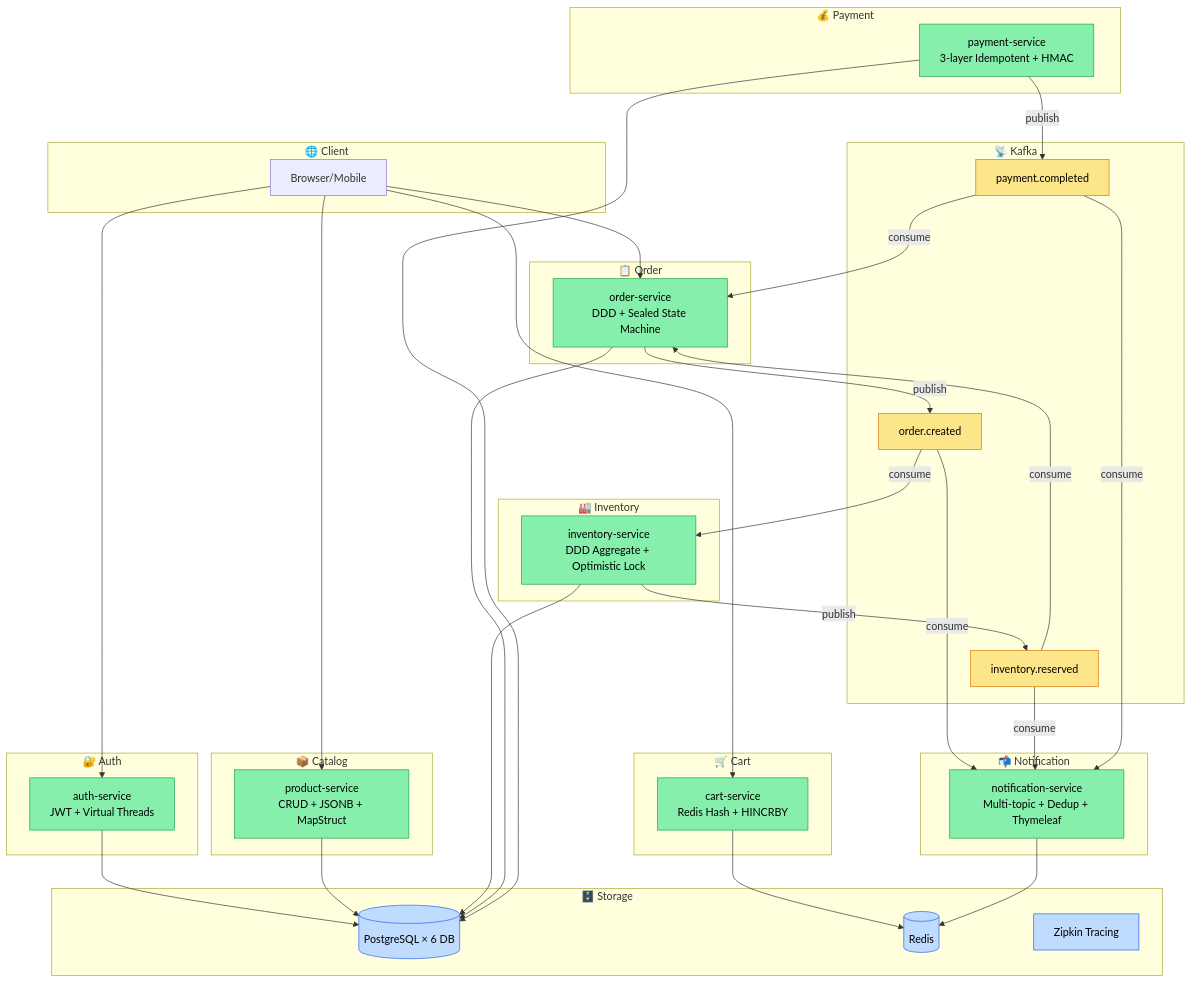
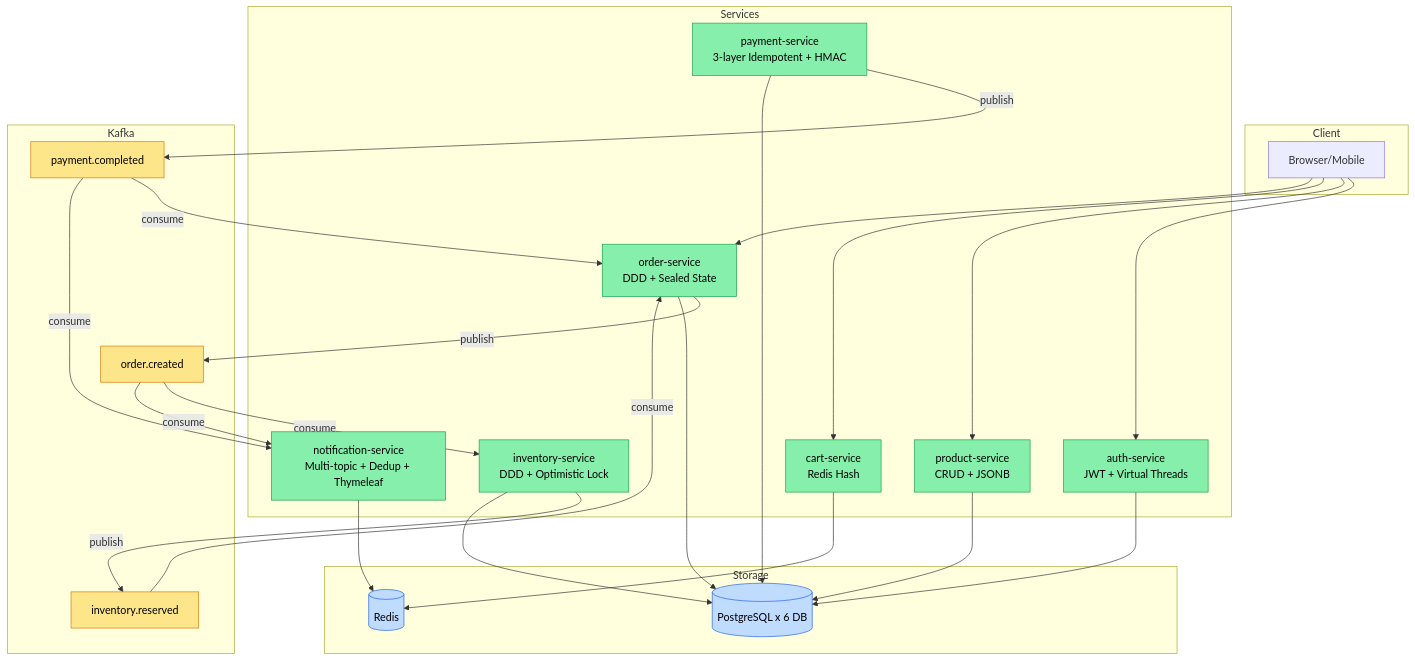
The diagram in docs/evolution/11-nguoi-dua-thu.md (codevuichamcom/ecommerce-platform), drawn with Mermaid before and after one commit. The commit also changed other lines of this file and 17 other files, not shown here.

````diff
--- a/docs/evolution/11-nguoi-dua-thu.md
+++ b/docs/evolution/11-nguoi-dua-thu.md
@@ -152,77 +309,53 @@
 ```mermaid
 graph TD
-    subgraph "🌐 Client"
+    subgraph Client
         Browser[Browser/Mobile]
     end
-
-    subgraph "🔐 Auth"
+    subgraph Services
         AuthSvc[auth-service<br/>JWT + Virtual Threads]
-    end
-
-    subgraph "📦 Catalog"
-        ProductSvc[product-service<br/>CRUD + JSONB + MapStruct]
-    end
-
-    subgraph "🏭 Inventory"
-        InvSvc[inventory-service<br/>DDD Aggregate + Optimistic Lock]
-    end
-
-    subgraph "🛒 Cart"
-        CartSvc[cart-service<br/>Redis Hash + HINCRBY]
-    end
-
-    subgraph "📋 Order"
-        OrderSvc[order-service<br/>DDD + Sealed State Machine]
-    end
-
-    subgraph "💰 Payment"
+        ProductSvc[product-service<br/>CRUD + JSONB]
+        InvSvc[inventory-service<br/>DDD + Optimistic Lock]
+        CartSvc[cart-service<br/>Redis Hash]
+        OrderSvc[order-service<br/>DDD + Sealed State]
         PaySvc[payment-service<br/>3-layer Idempotent + HMAC]
-    end
-
-    subgraph "📬 Notification"
         NotifSvc[notification-service<br/>Multi-topic + Dedup + Thymeleaf]
     end
-
-    subgraph "📡 Kafka"
+    subgraph Kafka
         T1[order.created]
         T2[inventory.reserved]
         T3[payment.completed]
     end
-
-    subgraph "🗄️ Storage"
-        PG[(PostgreSQL × 6 DB)]
+    subgraph Storage
+        PG[(PostgreSQL x 6 DB)]
         Redis[(Redis)]
-        Zipkin[Zipkin Tracing]
     end
 
     Browser --> AuthSvc
     Browser --> ProductSvc
     Browser --> CartSvc
     Browser --> OrderSvc
 
     OrderSvc -->|publish| T1
     T1 -->|consume| InvSvc
     T1 -->|consume| NotifSvc
     InvSvc -->|publish| T2
     T2 -->|consume| OrderSvc
-    T2 -->|consume| NotifSvc
     PaySvc -->|publish| T3
     T3 -->|consume| OrderSvc
     T3 -->|consume| NotifSvc
 
     AuthSvc --> PG
     ProductSvc --> PG
     InvSvc --> PG
     OrderSvc --> PG
     PaySvc --> PG
     CartSvc --> Redis
     NotifSvc --> Redis
 
     classDef kafka fill:#fde68a,stroke:#d97706,color:#000
     classDef storage fill:#bfdbfe,stroke:#2563eb,color:#000
     classDef service fill:#86efac,stroke:#16a34a,color:#000
-
     class T1,T2,T3 kafka
-    class PG,Redis,Zipkin storage
+    class PG,Redis storage
     class AuthSvc,ProductSvc,InvSvc,CartSvc,OrderSvc,PaySvc,NotifSvc service
 ```
````
